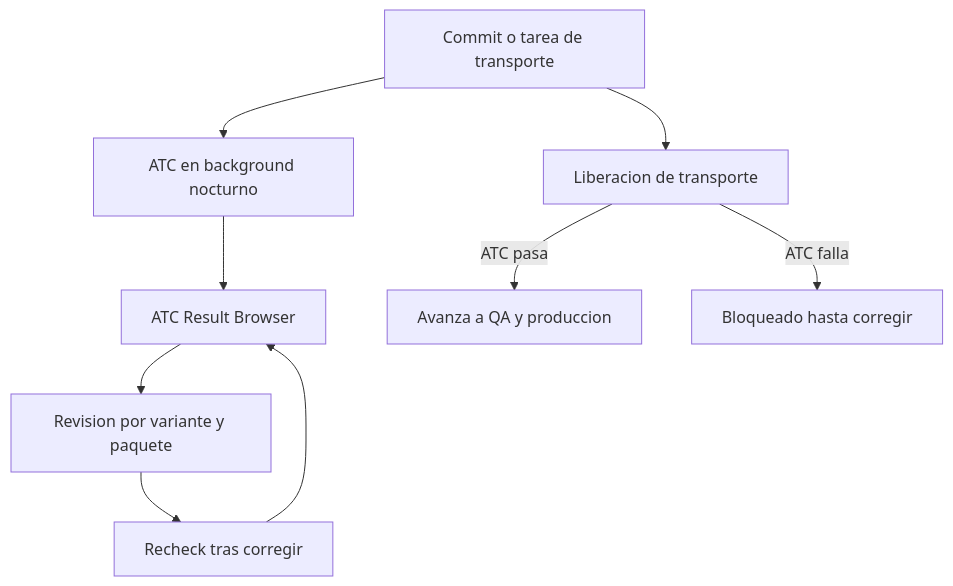
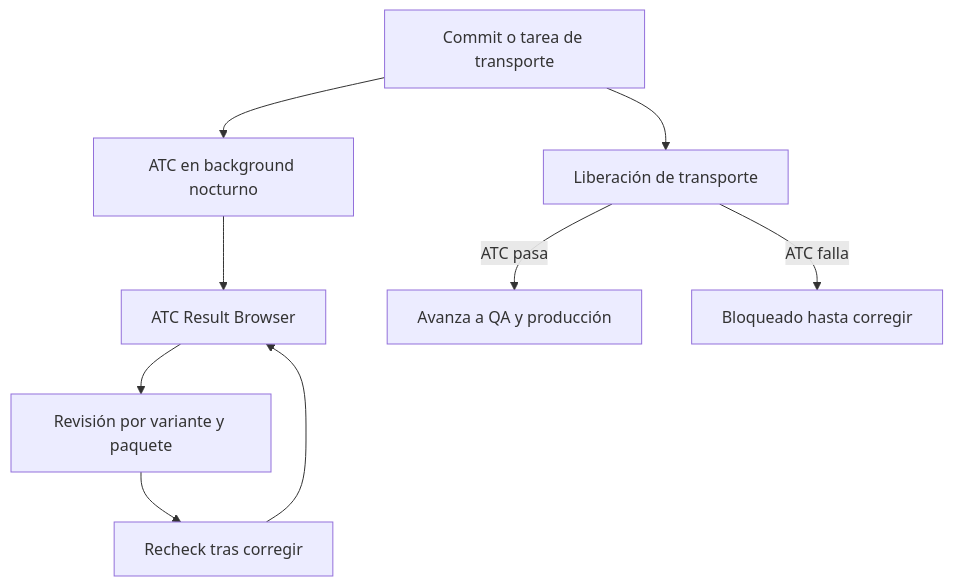
One commit to logalitech/blog-content changed the diagram in es/atc-en-ci.mdx. Above: the diagram before and after it, drawn with Mermaid. The commit also changed other lines of this file and 49 other files, not shown here.

````diff
--- a/es/atc-en-ci.mdx
+++ b/es/atc-en-ci.mdx
@@ -23,11 +23,11 @@
 ```mermaid
 flowchart TD
   DEV["Commit o tarea de transporte"] --> BG["ATC en background nocturno"]
   BG --> RB["ATC Result Browser"]
-  RB --> REV["Revision por variante y paquete"]
-  DEV --> GATE["Liberacion de transporte"]
-  GATE -->|"ATC pasa"| PRD["Avanza a QA y produccion"]
+  RB --> REV["Revisión por variante y paquete"]
+  DEV --> GATE["Liberación de transporte"]
+  GATE -->|"ATC pasa"| PRD["Avanza a QA y producción"]
   GATE -->|"ATC falla"| STOP["Bloqueado hasta corregir"]
   REV --> RECK["Recheck tras corregir"]
   RECK --> RB
 ```
````
